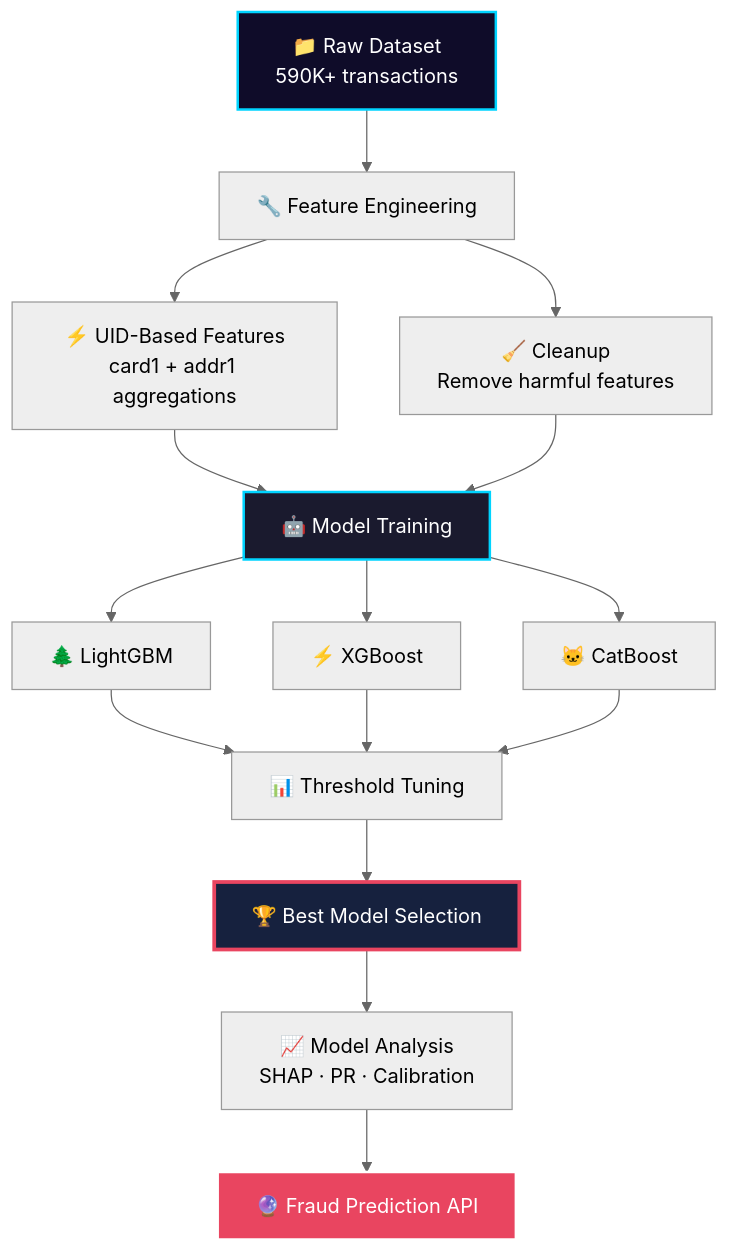
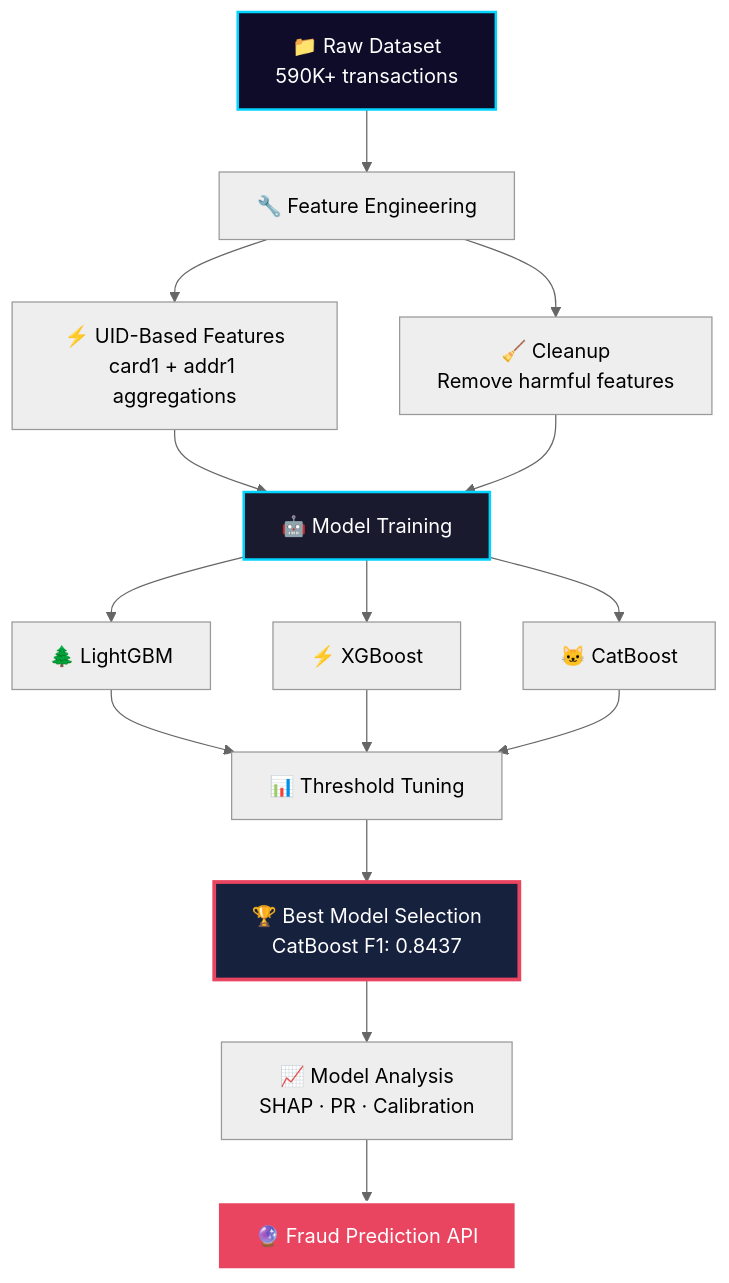
The diagram in README.md (moiz-sai/AI-Risk-System), drawn with Mermaid (neutral theme) before and after one commit. The commit also changed other lines of this file and 1 other file, not shown here.

````diff
--- a/README.md
+++ b/README.md
@@ -80,22 +79,22 @@
 ```mermaid
 graph TD
     A[📁 Raw Dataset<br/>590K+ transactions] --> B[🔧 Feature Engineering]
     B --> C[⚡ UID-Based Features<br/>card1 + addr1 aggregations]
     B --> D[🧹 Cleanup<br/>Remove harmful features]
     C --> E[🤖 Model Training]
     D --> E
     E --> F[🌲 LightGBM]
     E --> G[⚡ XGBoost]
     E --> H[🐱 CatBoost]
     F --> I[📊 Threshold Tuning]
     G --> I
     H --> I
-    I --> J[🏆 Best Model Selection]
+    I --> J[🏆 Best Model Selection<br/>CatBoost F1: 0.8437]
     J --> K[📈 Model Analysis<br/>SHAP · PR · Calibration]
     K --> L[🔮 Fraud Prediction API]
 
     style A fill:#0f0c29,stroke:#00d4ff,stroke-width:2px,color:#fff
     style E fill:#1a1a2e,stroke:#00d4ff,stroke-width:2px,color:#fff
     style J fill:#16213e,stroke:#e94560,stroke-width:3px,color:#fff
     style L fill:#e94560,stroke:#fff,stroke-width:2px,color:#fff
 ```
````
